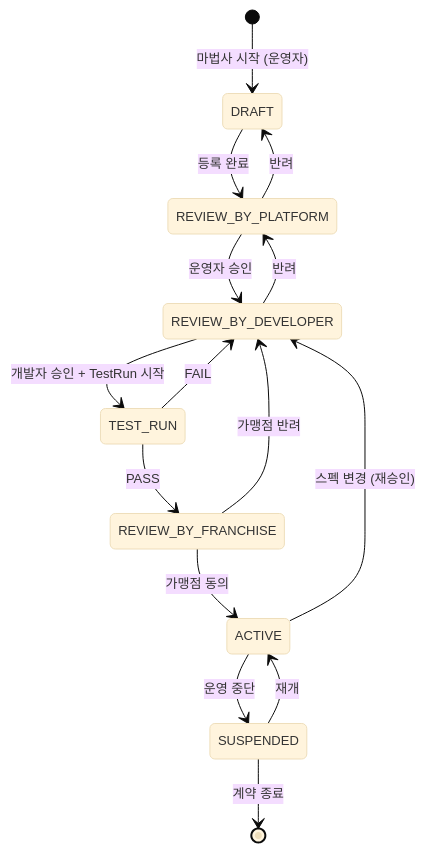
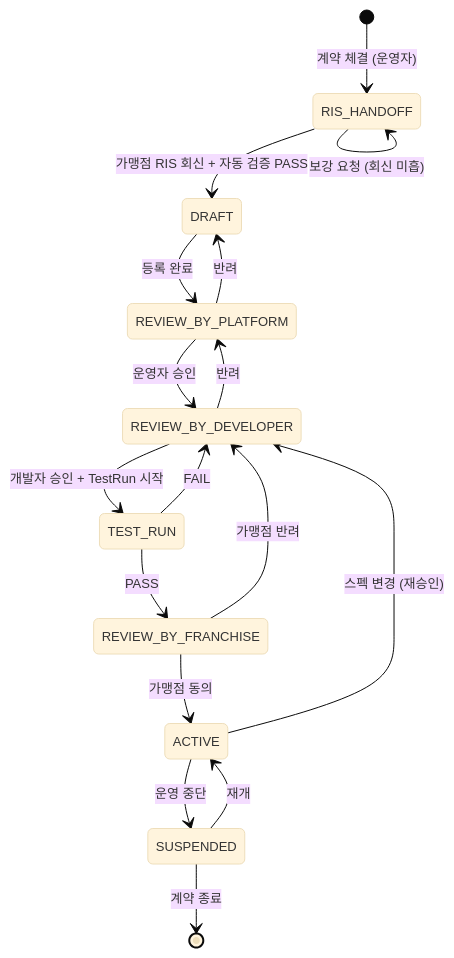
The second of 15 diagrams in docs/workflow/PARTNER_INTEGRATION.md (uniyous/parkgolf-platform), drawn with Mermaid before and after one commit. The commit also changed other lines of this file and 1 other file, not shown here.

First line of the commit message:
docs(partner): PARTNER_RIS 신설 + PARTNER_INTEGRATION v0.4

````diff
--- a/docs/workflow/PARTNER_INTEGRATION.md
+++ b/docs/workflow/PARTNER_INTEGRATION.md
@@ -78,23 +81,26 @@
 ```mermaid
 %%{init: {'theme':'base','themeVariables':{'fontSize':'13px'}}}%%
 stateDiagram-v2
-    [*] --> DRAFT: 마법사 시작 (운영자)
+    [*] --> RIS_HANDOFF: 계약 체결 (운영자)
+
+    RIS_HANDOFF --> DRAFT: 가맹점 RIS 회신 + 자동 검증 PASS
+    RIS_HANDOFF --> RIS_HANDOFF: 보강 요청 (회신 미흡)
 
     DRAFT --> REVIEW_BY_PLATFORM: 등록 완료
     REVIEW_BY_PLATFORM --> DRAFT: 반려
 
     REVIEW_BY_PLATFORM --> REVIEW_BY_DEVELOPER: 운영자 승인
     REVIEW_BY_DEVELOPER --> REVIEW_BY_PLATFORM: 반려
 
     REVIEW_BY_DEVELOPER --> TEST_RUN: 개발자 승인 + TestRun 시작
     TEST_RUN --> REVIEW_BY_DEVELOPER: FAIL
     TEST_RUN --> REVIEW_BY_FRANCHISE: PASS
 
     REVIEW_BY_FRANCHISE --> REVIEW_BY_DEVELOPER: 가맹점 반려
     REVIEW_BY_FRANCHISE --> ACTIVE: 가맹점 동의
 
     ACTIVE --> SUSPENDED: 운영 중단
     ACTIVE --> REVIEW_BY_DEVELOPER: 스펙 변경 (재승인)
     SUSPENDED --> ACTIVE: 재개
     SUSPENDED --> [*]: 계약 종료
 ```
````
